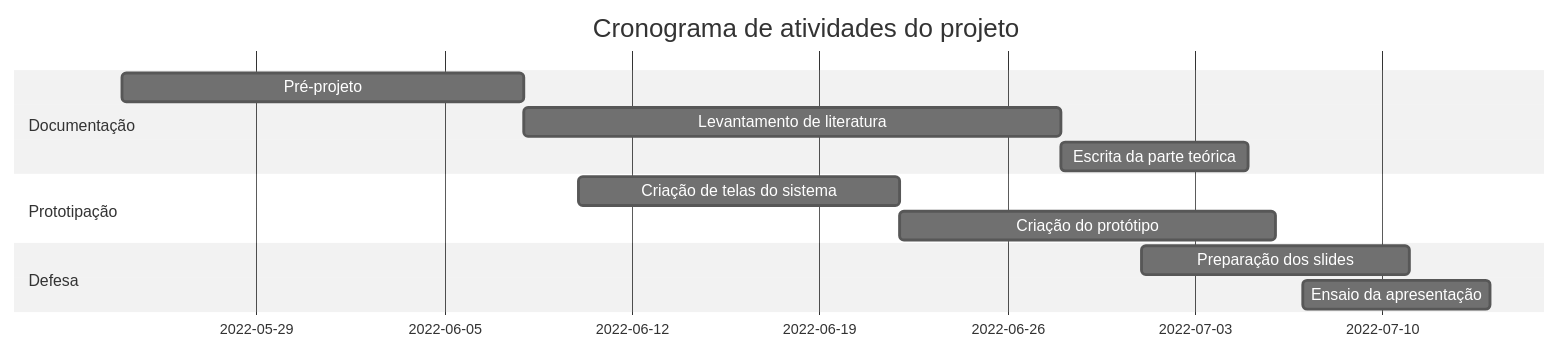
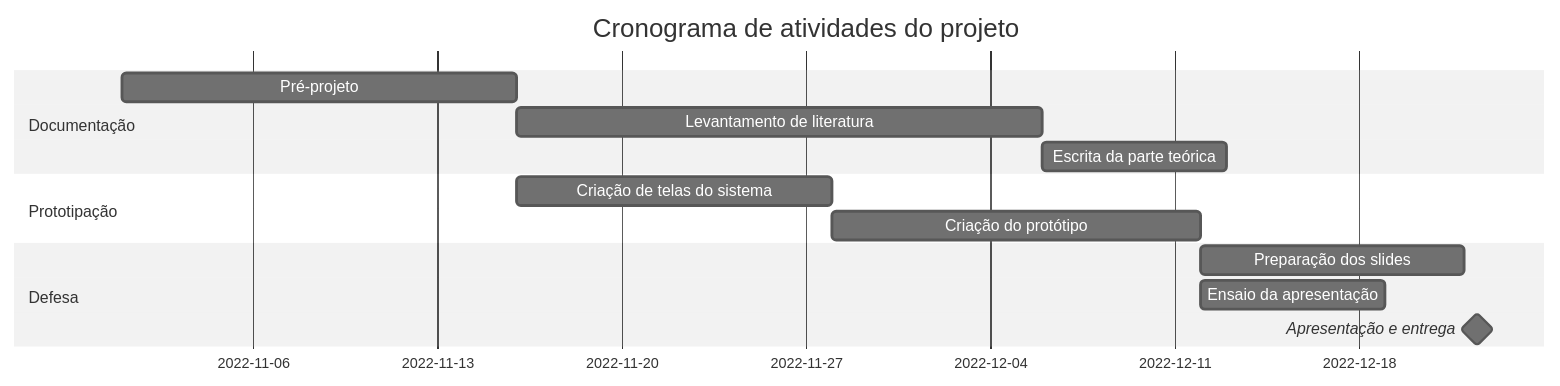
One commit to ValerioMedeiros/Modelos_de_documentos changed the first of 10 diagrams in docs/exemplos.md. Above: the diagram before and after it, drawn with Mermaid (neutral theme).

Commit message:
Alterado o cronograma para um formato relativo e ajustável.

````diff
--- a/docs/exemplos.md
+++ b/docs/exemplos.md
@@ -7,15 +7,16 @@
 ```mermaid
     gantt
     title Cronograma de atividades do projeto
     dateFormat  YYYY-MM-DD
     section Documentação
-    Pré-projeto     :a1, 2022-05-24, 15d
+    Pré-projeto     :a1, 2022-11-01, 15d
     Levantamento de literatura   :a2,after a1  , 20d
     Escrita da parte teórica  :a3,after a2, 7d
     section Prototipação
-    Criação de telas do sistema     :c2,2022-06-10  , 12d
-    Criação do protótipo      :c3,after c2, 14d
+    Criação de telas do sistema     :       c2,     after a1  , 12d
+    Criação do protótipo      :c3,     after c2, 14d
     section Defesa
-    Preparação dos slides :p1, 2022-07-01, 10d
-    Ensaio da apresentação :p2, 2022-07-07, 7d   
+    Preparação dos slides :p1, after c3, 10d
+    Ensaio da apresentação :p2, after c3, 7d
+    Apresentação e entrega  :milestone, after p1, 1d
 ``` 
````
